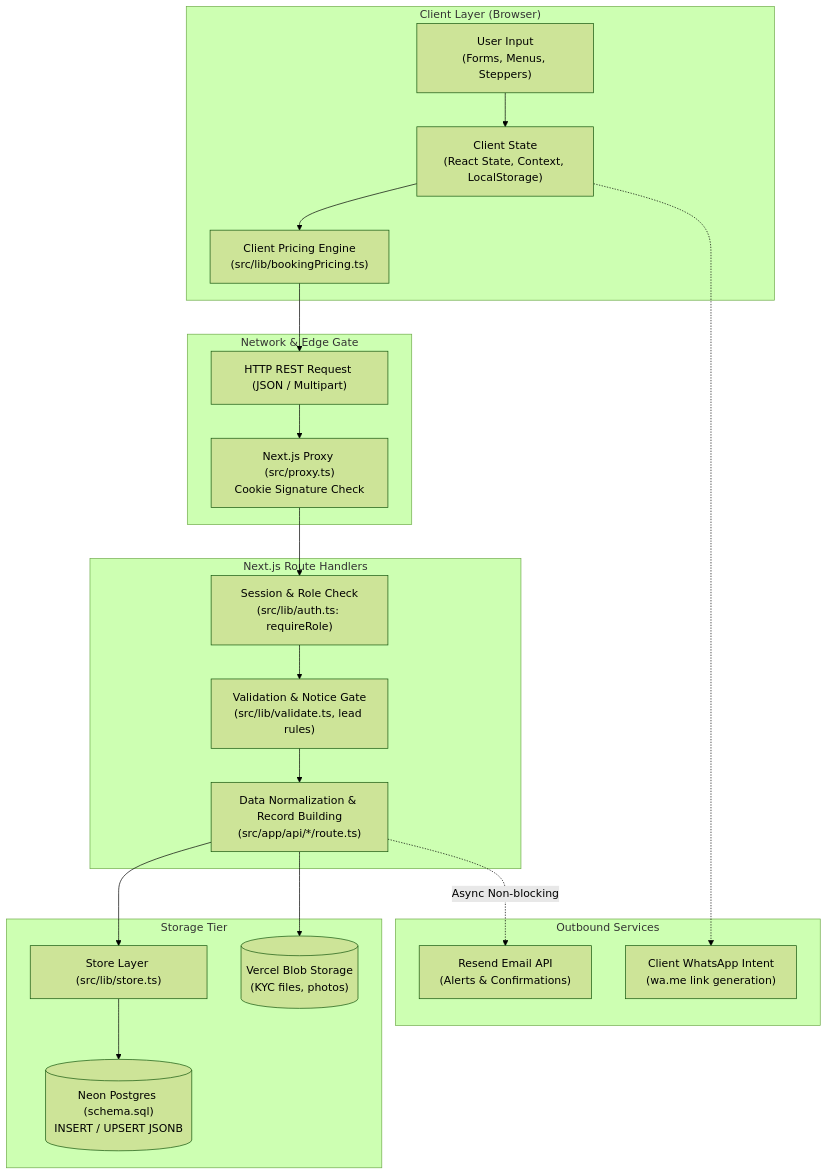
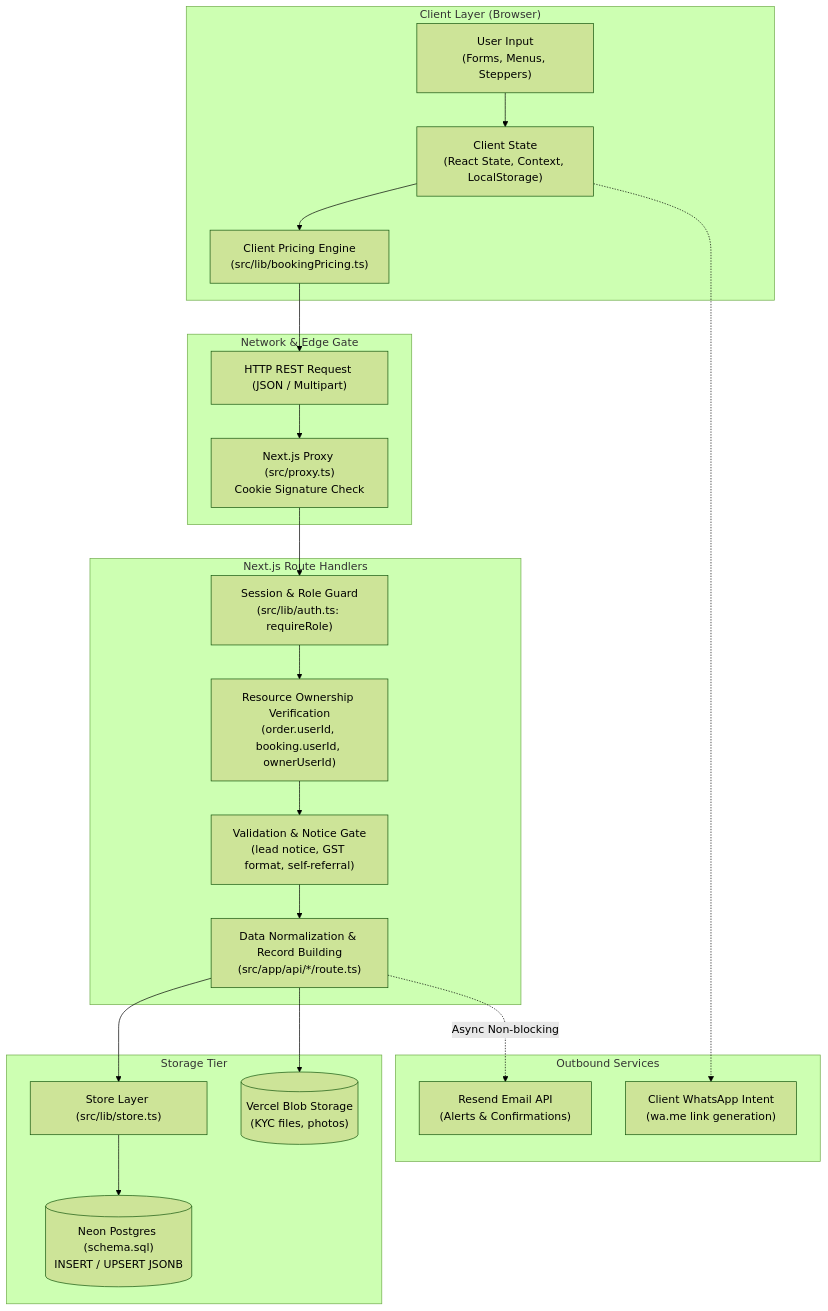
Before and after one commit to Sony17/Bhojpatra: the first of 8 diagrams in DATA-FLOW.md, drawn with Mermaid (forest theme). The commit also changed other lines of this file and 4 other files, not shown here.

First line of the commit message:
docs: synchronize architecture after security batches 1 and 2

````diff
--- a/DATA-FLOW.md
+++ b/DATA-FLOW.md
@@ -17,43 +17,45 @@
 ```mermaid
 flowchart TD
     subgraph ClientLayer["Client Layer (Browser)"]
         FormInput["User Input\n(Forms, Menus, Steppers)"]
         ClientState["Client State\n(React State, Context, LocalStorage)"]
         PricingCalc["Client Pricing Engine\n(src/lib/bookingPricing.ts)"]
     end
 
     subgraph TransportBoundary["Network & Edge Gate"]
         HttpRequest["HTTP REST Request (JSON / Multipart)"]
         ProxyGate["Next.js Proxy (src/proxy.ts)\nCookie Signature Check"]
     end
 
     subgraph ServerLayer["Next.js Route Handlers"]
-        SessionCheck["Session & Role Check\n(src/lib/auth.ts: requireRole)"]
-        ServerValidation["Validation & Notice Gate\n(src/lib/validate.ts, lead rules)"]
+        SessionCheck["Session & Role Guard\n(src/lib/auth.ts: requireRole)"]
+        OwnershipCheck["Resource Ownership Verification\n(order.userId, booking.userId, ownerUserId)"]
+        ServerValidation["Validation & Notice Gate\n(lead notice, GST format, self-referral)"]
         DataTransform["Data Normalization & Record Building\n(src/app/api/*/route.ts)"]
     end
 
     subgraph PersistenceLayer["Storage Tier"]
         StoreAbstraction["Store Layer (src/lib/store.ts)"]
         NeonPostgres[("Neon Postgres (schema.sql)\nINSERT / UPSERT JSONB")]
         VercelBlobStorage[("Vercel Blob Storage\n(KYC files, photos)")]
     end
 
     subgraph AsyncOutbound["Outbound Services"]
         ResendMail["Resend Email API\n(Alerts & Confirmations)"]
         WhatsAppHandoff["Client WhatsApp Intent\n(wa.me link generation)"]
     end
 
     FormInput --> ClientState
     ClientState --> PricingCalc
     PricingCalc --> HttpRequest
     HttpRequest --> ProxyGate
     ProxyGate --> SessionCheck
-    SessionCheck --> ServerValidation
+    SessionCheck --> OwnershipCheck
+    OwnershipCheck --> ServerValidation
     ServerValidation --> DataTransform
     DataTransform --> StoreAbstraction
     DataTransform --> VercelBlobStorage
     StoreAbstraction --> NeonPostgres
     DataTransform -.->|Async Non-blocking| ResendMail
     ClientState -.-> WhatsAppHandoff
 ```
````
